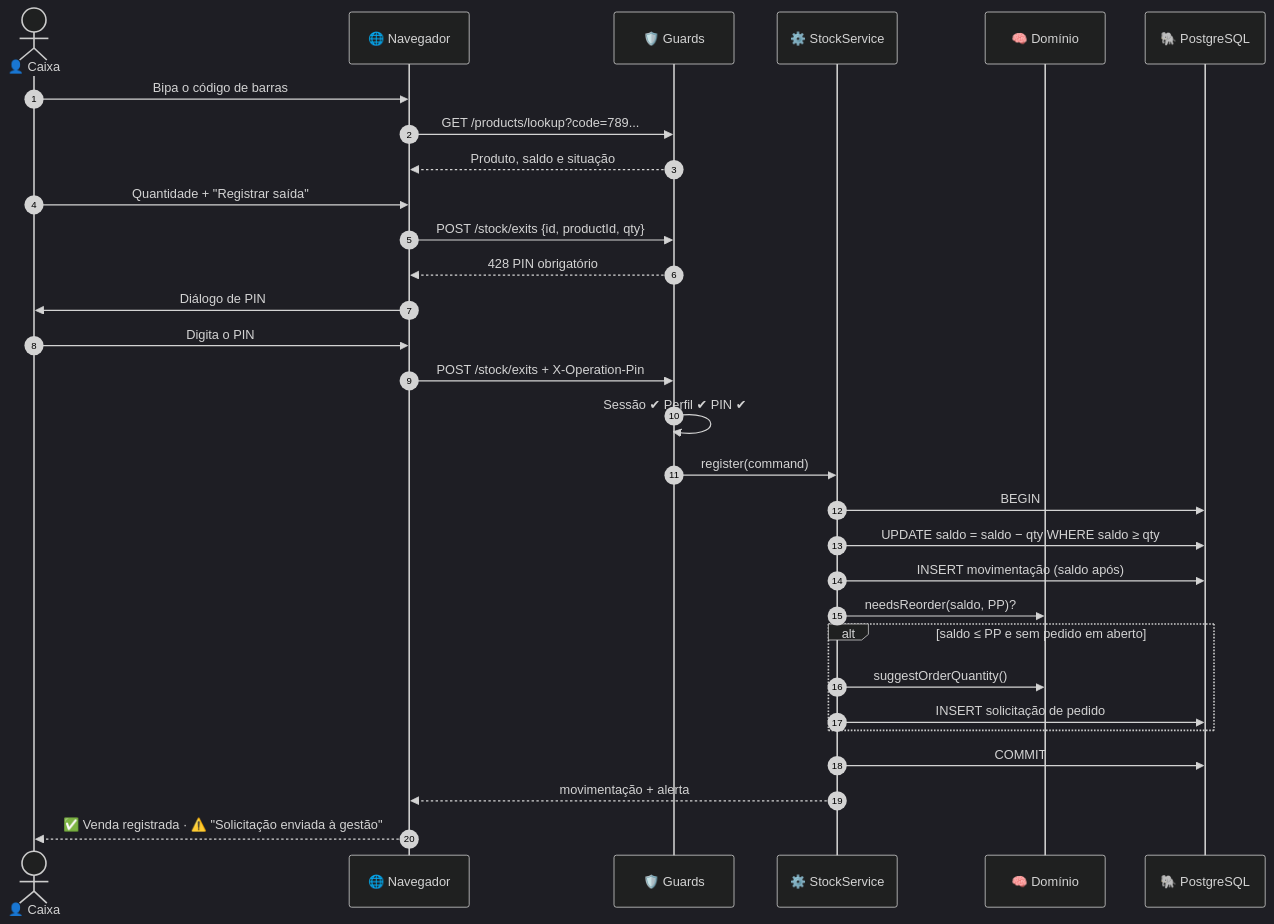
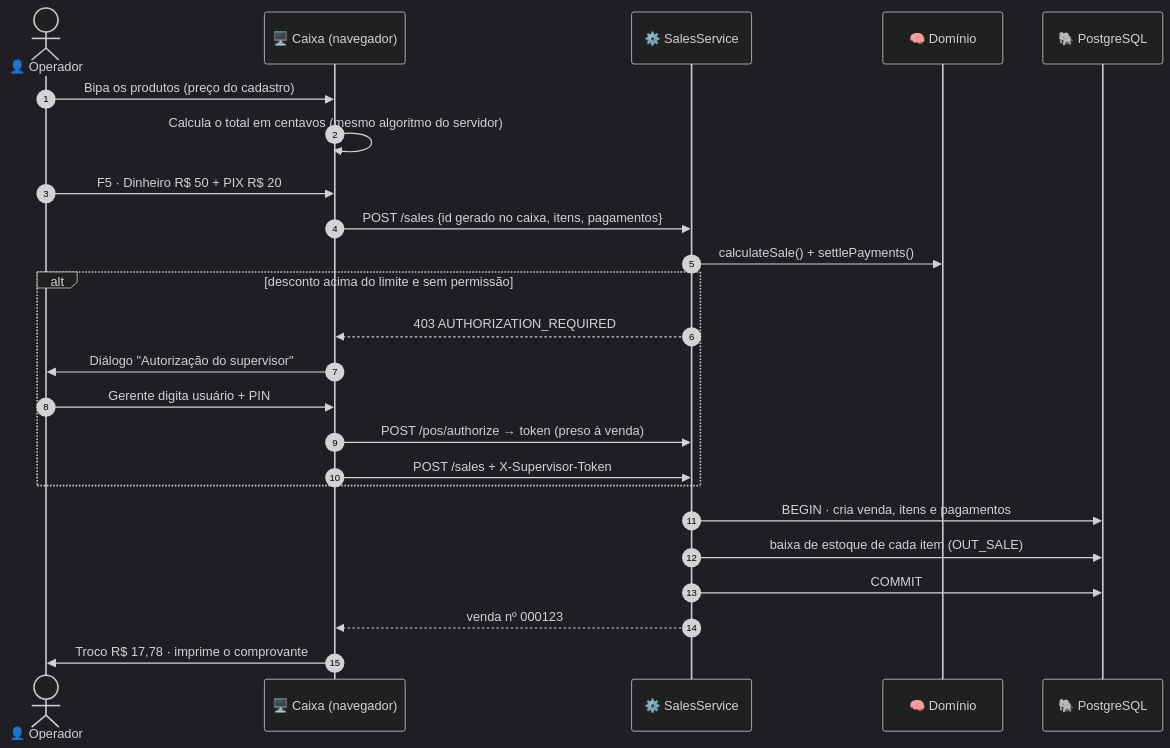
Before and after one commit to tassiocarvalho/vl-estoque: the sixth of 11 diagrams in README.md, drawn with Mermaid (dark theme). The commit also changed other lines of this file and 109 other files, not shown here.

````diff
--- a/README.md
+++ b/README.md
@@ -467,33 +478,27 @@
 ```mermaid
 sequenceDiagram
     autonumber
-    actor C as 👤 Caixa
-    participant W as 🌐 Navegador
-    participant G as 🛡️ Guards
-    participant S as ⚙️ StockService
+    actor O as 👤 Operador
+    participant C as 🖥️ Caixa (navegador)
+    participant API as ⚙️ SalesService
     participant D as 🧠 Domínio
     participant DB as 🐘 PostgreSQL
 
-    C->>W: Bipa o código de barras
-    W->>G: GET /products/lookup?code=789...
-    G-->>W: Produto, saldo e situação
-    C->>W: Quantidade + "Registrar saída"
-    W->>G: POST /stock/exits {id, productId, qty}
-    G-->>W: 428 PIN obrigatório
-    W->>C: Diálogo de PIN
-    C->>W: Digita o PIN
-    W->>G: POST /stock/exits + X-Operation-Pin
-    G->>G: Sessão ✔ Perfil ✔ PIN ✔
-    G->>S: register(command)
-    S->>DB: BEGIN
-    S->>DB: UPDATE saldo = saldo − qty WHERE saldo ≥ qty
-    S->>DB: INSERT movimentação (saldo após)
-    S->>D: needsReorder(saldo, PP)?
-    alt saldo ≤ PP e sem pedido em aberto
-        S->>D: suggestOrderQuantity()
-        S->>DB: INSERT solicitação de pedido
+    O->>C: Bipa os produtos (preço do cadastro)
+    C->>C: Calcula o total em centavos (mesmo algoritmo do servidor)
+    O->>C: F5 · Dinheiro R$ 50 + PIX R$ 20
+    C->>API: POST /sales {id gerado no caixa, itens, pagamentos}
+    API->>D: calculateSale() + settlePayments()
+    alt desconto acima do limite e sem permissão
+        API-->>C: 403 AUTHORIZATION_REQUIRED
+        C->>O: Diálogo "Autorização do supervisor"
+        O->>C: Gerente digita usuário + PIN
+        C->>API: POST /pos/authorize → token (preso à venda)
+        C->>API: POST /sales + X-Supervisor-Token
     end
-    S->>DB: COMMIT
-    S-->>W: movimentação + alerta
-    W-->>C: ✅ Venda registrada · ⚠️ "Solicitação enviada à gestão"
+    API->>DB: BEGIN · cria venda, itens e pagamentos
+    API->>DB: baixa de estoque de cada item (OUT_SALE)
+    API->>DB: COMMIT
+    API-->>C: venda nº 000123
+    C->>O: Troco R$ 17,78 · imprime o comprovante
 ```
````
